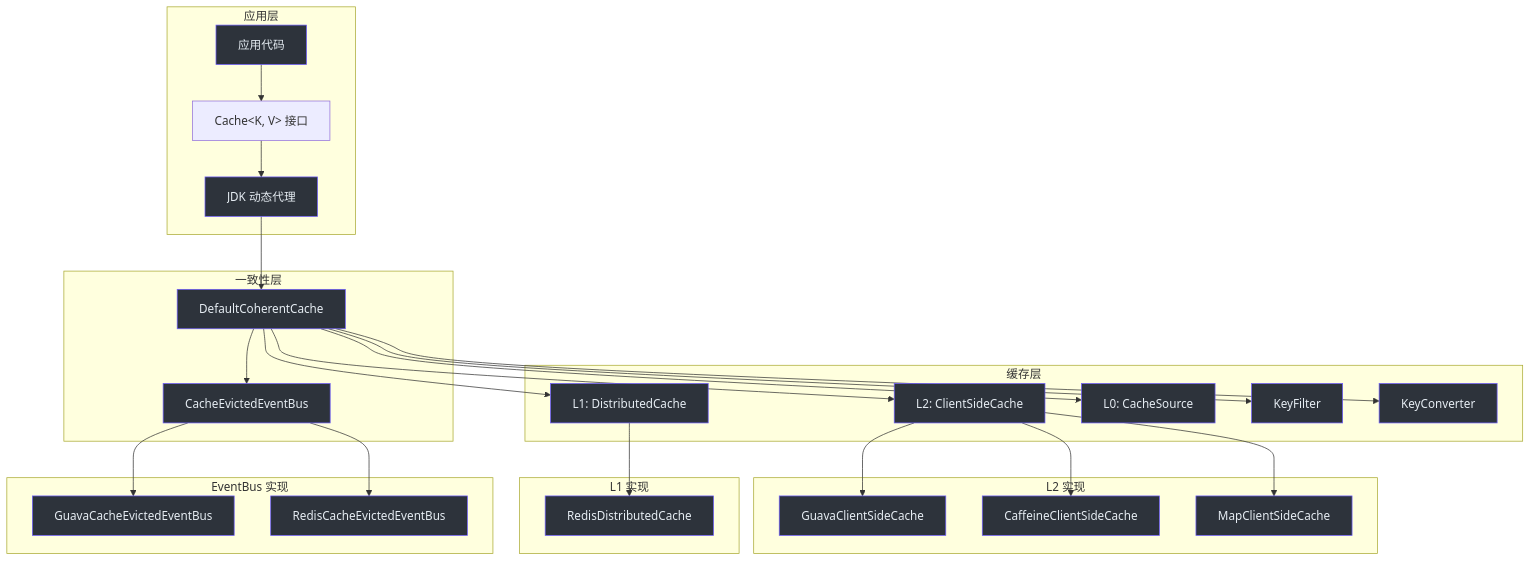
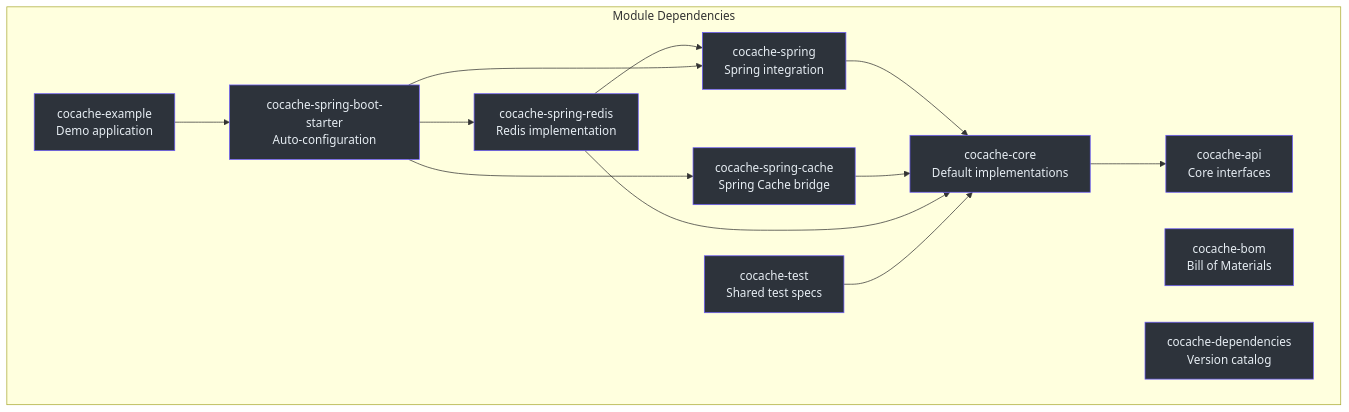
One commit to Ahoo-Wang/CoCache changed the first of 3 diagrams in wiki/zh/architecture/index.md. Above: the diagram before and after it, drawn with Mermaid. The commit also changed other lines of this file and 25 other files, not shown here.

````diff
--- a/wiki/zh/architecture/index.md
+++ b/wiki/zh/architecture/index.md
@@ -12,51 +14,39 @@
 ```mermaid
-graph TB
-    subgraph sg_119 ["应用层"]
-        APP["应用代码"] --> CacheInterface["Cache&lt;K, V&gt; 接口"]
-        CacheInterface --> Proxy["JDK 动态代理"]
+graph TD
+    subgraph sg_10 ["Module Dependencies"]
+
+        api["cocache-api<br>Core interfaces"]
+        core["cocache-core<br>Default implementations"]
+        spring["cocache-spring<br>Spring integration"]
+        springCache["cocache-spring-cache<br>Spring Cache bridge"]
+        springRedis["cocache-spring-redis<br>Redis implementation"]
+        springBoot["cocache-spring-boot-starter<br>Auto-configuration"]
+        test["cocache-test<br>Shared test specs"]
+        bom["cocache-bom<br>Bill of Materials"]
+        deps["cocache-dependencies<br>Version catalog"]
+        example["cocache-example<br>Demo application"]
     end
 
-    subgraph sg_120 ["一致性层"]
-        Proxy --> CoherentCache["DefaultCoherentCache"]
-        CoherentCache --> EventBus["CacheEvictedEventBus"]
-    end
+    core --> api
+    spring --> core
+    springCache --> core
+    springRedis --> core
+    springRedis --> spring
+    springBoot --> spring
+    springBoot --> springCache
+    springBoot --> springRedis
+    test --> core
+    example --> springBoot
 
-    subgraph sg_121 ["缓存层"]
-        CoherentCache --> L2["L2: ClientSideCache"]
-        CoherentCache --> L1["L1: DistributedCache"]
-        CoherentCache --> L0["L0: CacheSource"]
-        CoherentCache --> KF["KeyFilter"]
-        CoherentCache --> KC["KeyConverter"]
-    end
+    style api fill:#2d333b,stroke:#6d5dfc,color:#e6edf3
+    style core fill:#2d333b,stroke:#6d5dfc,color:#e6edf3
+    style spring fill:#2d333b,stroke:#6d5dfc,color:#e6edf3
+    style springCache fill:#2d333b,stroke:#6d5dfc,color:#e6edf3
+    style springRedis fill:#2d333b,stroke:#6d5dfc,color:#e6edf3
+    style springBoot fill:#2d333b,stroke:#6d5dfc,color:#e6edf3
+    style test fill:#2d333b,stroke:#6d5dfc,color:#e6edf3
+    style bom fill:#2d333b,stroke:#6d5dfc,color:#e6edf3
+    style deps fill:#2d333b,stroke:#6d5dfc,color:#e6edf3
+    style example fill:#2d333b,stroke:#6d5dfc,color:#e6edf3
 
-    subgraph sg_122 ["L2 实现"]
-        L2 --> Guava["GuavaClientSideCache"]
-        L2 --> Caffeine["CaffeineClientSideCache"]
-        L2 --> Map["MapClientSideCache"]
-    end
-
-    subgraph sg_123 ["L1 实现"]
-        L1 --> Redis["RedisDistributedCache"]
-    end
-
-    subgraph sg_124 ["EventBus 实现"]
-        EventBus --> GuavaEB["GuavaCacheEvictedEventBus"]
-        EventBus --> RedisEB["RedisCacheEvictedEventBus"]
-    end
-
-    style CoherentCache fill:#2d333b,stroke:#6d5dfc,color:#e6edf3
-    style L2 fill:#2d333b,stroke:#6d5dfc,color:#e6edf3
-    style L1 fill:#2d333b,stroke:#6d5dfc,color:#e6edf3
-    style L0 fill:#2d333b,stroke:#6d5dfc,color:#e6edf3
-    style EventBus fill:#2d333b,stroke:#6d5dfc,color:#e6edf3
-    style Proxy fill:#2d333b,stroke:#6d5dfc,color:#e6edf3
-    style APP fill:#2d333b,stroke:#6d5dfc,color:#e6edf3
-    style Guava fill:#2d333b,stroke:#6d5dfc,color:#e6edf3
-    style Caffeine fill:#2d333b,stroke:#6d5dfc,color:#e6edf3
-    style Map fill:#2d333b,stroke:#6d5dfc,color:#e6edf3
-    style Redis fill:#2d333b,stroke:#6d5dfc,color:#e6edf3
-    style GuavaEB fill:#2d333b,stroke:#6d5dfc,color:#e6edf3
-    style RedisEB fill:#2d333b,stroke:#6d5dfc,color:#e6edf3
-    style KF fill:#2d333b,stroke:#6d5dfc,color:#e6edf3
-    style KC fill:#2d333b,stroke:#6d5dfc,color:#e6edf3
 ```
````
